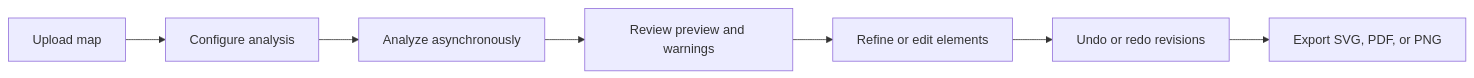
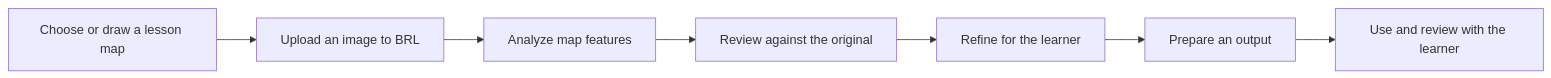
One commit to IsabelaSanchez/appnamexyz changed the diagram in README.md. Above: the diagram before and after it, drawn with Mermaid. The commit also changed other lines of this file, not shown here.

````diff
--- a/README.md
+++ b/README.md
@@ -14,9 +17,9 @@
 ```mermaid
 flowchart LR
-    A[Upload map] --> B[Configure analysis]
-    B --> C[Analyze asynchronously]
-    C --> D[Review preview and warnings]
-    D --> E[Refine or edit elements]
-    E --> F[Undo or redo revisions]
-    F --> G[Export SVG, PDF, or PNG]
+    A[Choose or draw a lesson map] --> B[Upload an image to BRL]
+    B --> C[Analyze map features]
+    C --> D[Review against the original]
+    D --> E[Refine for the learner]
+    E --> F[Prepare an output]
+    F --> G[Use and review with the learner]
 ```
````
